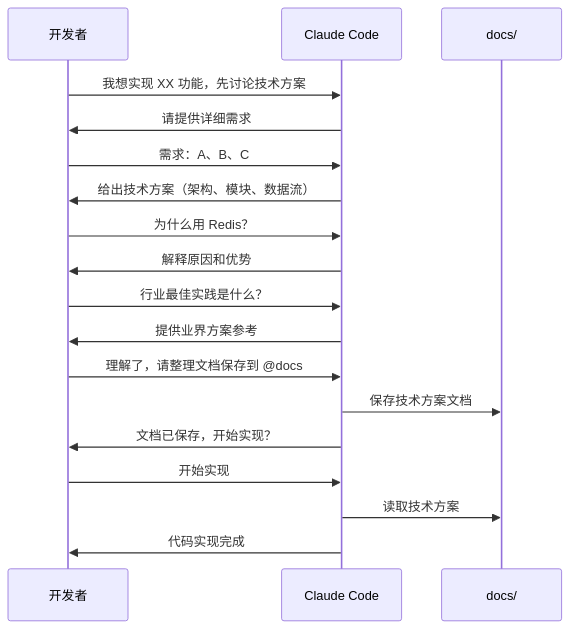
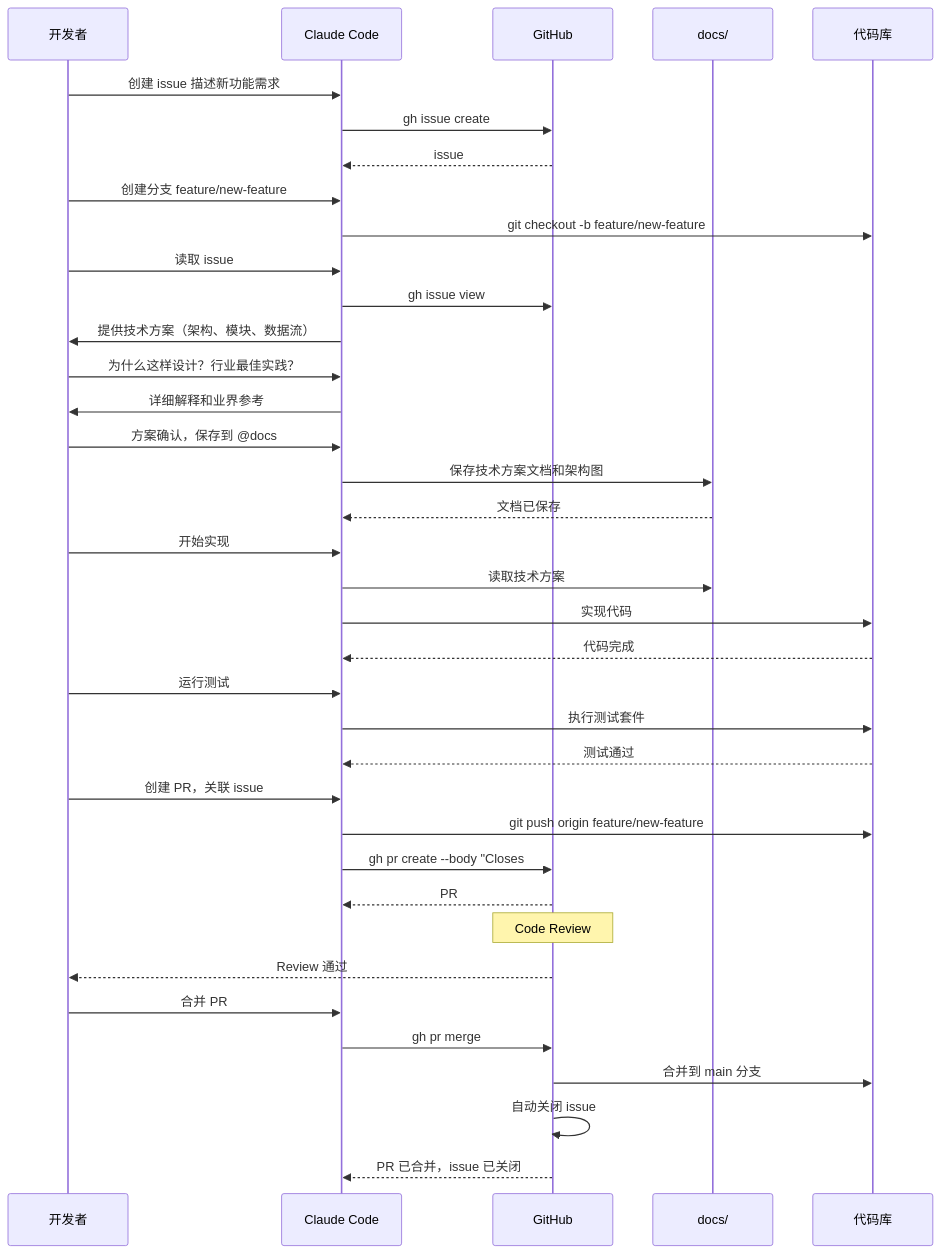
One commit to Optima-Chat/cc-best-practice changed the second of 2 diagrams in README.md. Above: the diagram before and after it, drawn with Mermaid. The commit also changed other lines of this file, not shown here.

Commit message:
更新时序图 - 展示从 Issue 到 PR 合并的完整流程
改进：
- 时序图展示完整功能开发流程
- 从创建 issue 开始，到 PR merged 结束
- 包含：issue 创建、分支、方案讨论、保存 docs、实现、测试、PR、Review、合并
- 展示 Claude Code 通过 gh 命令与 GitHub 交互
- 展示 PR 关联 issue (Closes #123)，合并后自动关闭 issue
- 清晰显示 docs/ 在实现阶段被读取使用

🤖 Generated with [Claude Code](https://claude.com/claude-code)

````diff
--- a/README.md
+++ b/README.md
@@ -152,21 +152,48 @@
 ```mermaid
 sequenceDiagram
-    participant User as 开发者
+    participant Dev as 开发者
     participant CC as Claude Code
+    participant GH as GitHub
     participant Docs as docs/
+    participant Code as 代码库
 
-    User->>CC: 我想实现 XX 功能，先讨论技术方案
-    CC->>User: 请提供详细需求
-    User->>CC: 需求：A、B、C
-    CC->>User: 给出技术方案（架构、模块、数据流）
-    User->>CC: 为什么用 Redis？
-    CC->>User: 解释原因和优势
-    User->>CC: 行业最佳实践是什么？
-    CC->>User: 提供业界方案参考
-    User->>CC: 理解了，请整理文档保存到 @docs
-    CC->>Docs: 保存技术方案文档
-    CC->>User: 文档已保存，开始实现？
-    User->>CC: 开始实现
+    Dev->>CC: 创建 issue 描述新功能需求
+    CC->>GH: gh issue create
+    GH-->>CC: issue #123 已创建
+
+    Dev->>CC: 创建分支 feature/new-feature
+    CC->>Code: git checkout -b feature/new-feature
+
+    Dev->>CC: 读取 issue #123，讨论技术方案
+    CC->>GH: gh issue view #123
+    CC->>Dev: 提供技术方案（架构、模块、数据流）
+    Dev->>CC: 为什么这样设计？行业最佳实践？
+    CC->>Dev: 详细解释和业界参考
+
+    Dev->>CC: 方案确认，保存到 @docs
+    CC->>Docs: 保存技术方案文档和架构图
+    Docs-->>CC: 文档已保存
+
+    Dev->>CC: 开始实现
     CC->>Docs: 读取技术方案
-    CC->>User: 代码实现完成
+    CC->>Code: 实现代码
+    Code-->>CC: 代码完成
+
+    Dev->>CC: 运行测试
+    CC->>Code: 执行测试套件
+    Code-->>CC: 测试通过
+
+    Dev->>CC: 创建 PR，关联 issue #123
+    CC->>Code: git push origin feature/new-feature
+    CC->>GH: gh pr create --body "Closes #123"
+    GH-->>CC: PR #124 已创建
+
+    Note over GH: Code Review
+    GH-->>Dev: Review 通过
+
+    Dev->>CC: 合并 PR
+    CC->>GH: gh pr merge #124
+    GH->>Code: 合并到 main 分支
+    GH->>GH: 自动关闭 issue #123
+    GH-->>CC: PR 已合并，issue 已关闭
 ```
````
